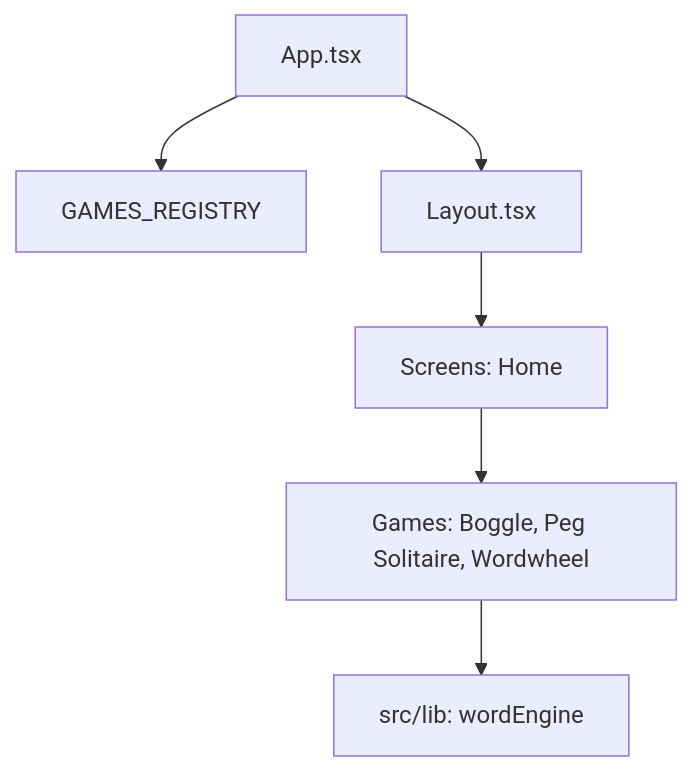
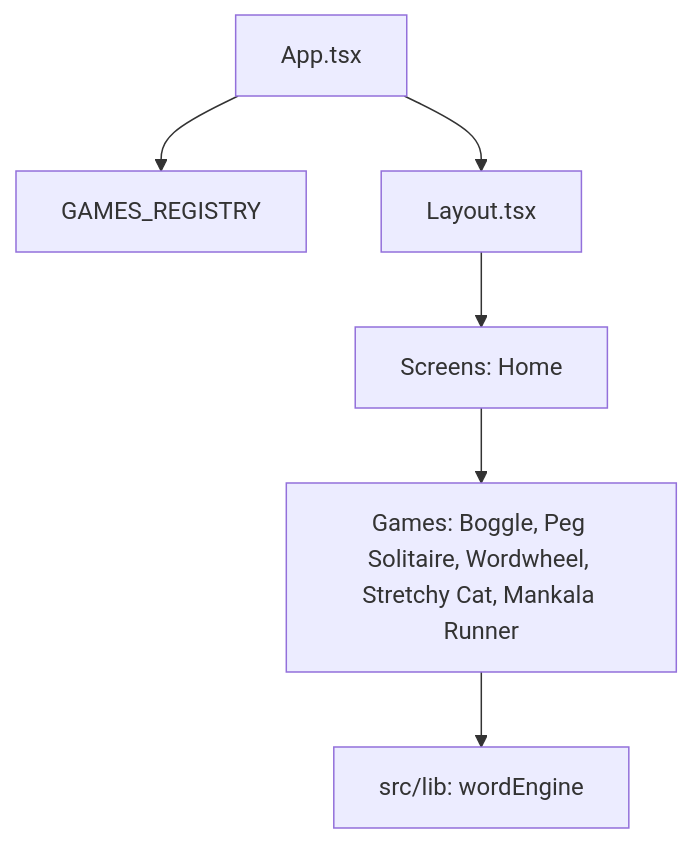
The diagram in ARCHITECTURE.md (MankalMR/play-studio), drawn with Mermaid before and after one commit. The commit also changed other lines of this file and 24 other files, not shown here.

Commit message:
feat: implement Mankala Runner game engine with world rendering, audio controller, and HUD systems

````diff
--- a/ARCHITECTURE.md
+++ b/ARCHITECTURE.md
@@ -10,8 +10,8 @@
 ```mermaid
 graph TD
     App[App.tsx] --> Registry[GAMES_REGISTRY]
     App --> Layout[Layout.tsx]
     Layout --> Screens[Screens: Home]
-    Screens --> Games[Games: Boggle, Peg Solitaire, Wordwheel]
+    Screens --> Games[Games: Boggle, Peg Solitaire, Wordwheel, Stretchy Cat, Mankala Runner]
     Games --> SharedLib[src/lib: wordEngine]
 ```
````
